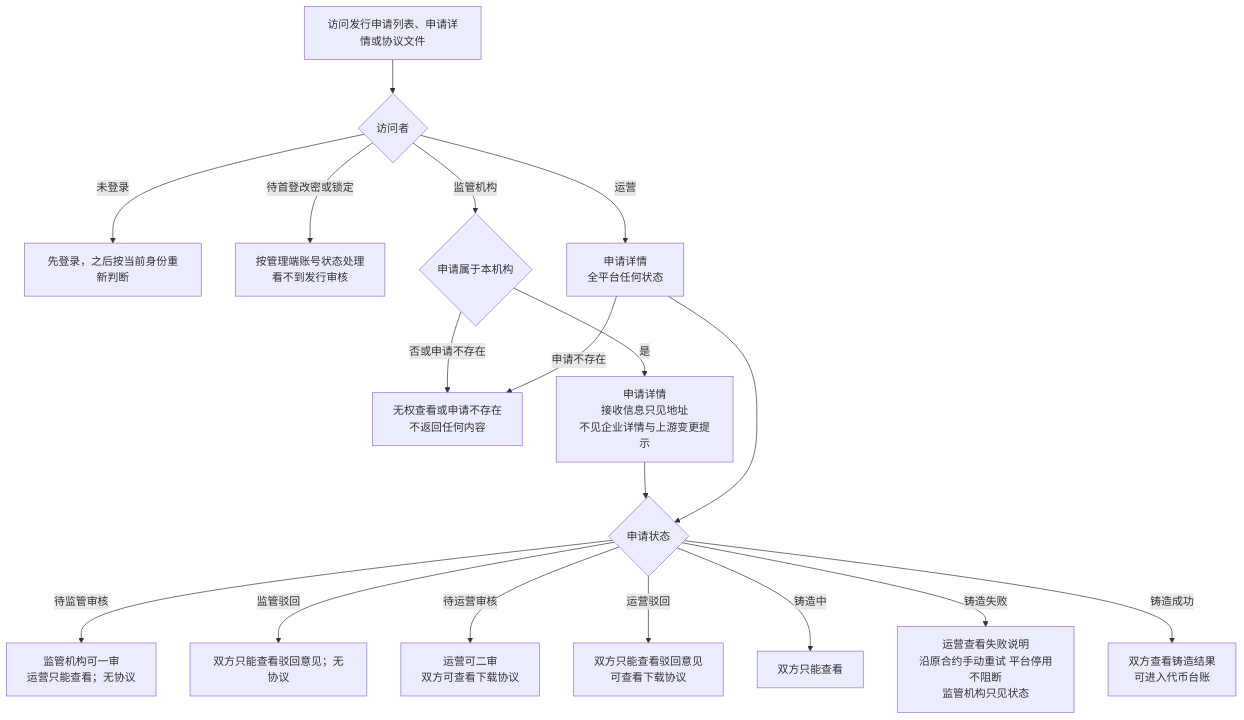
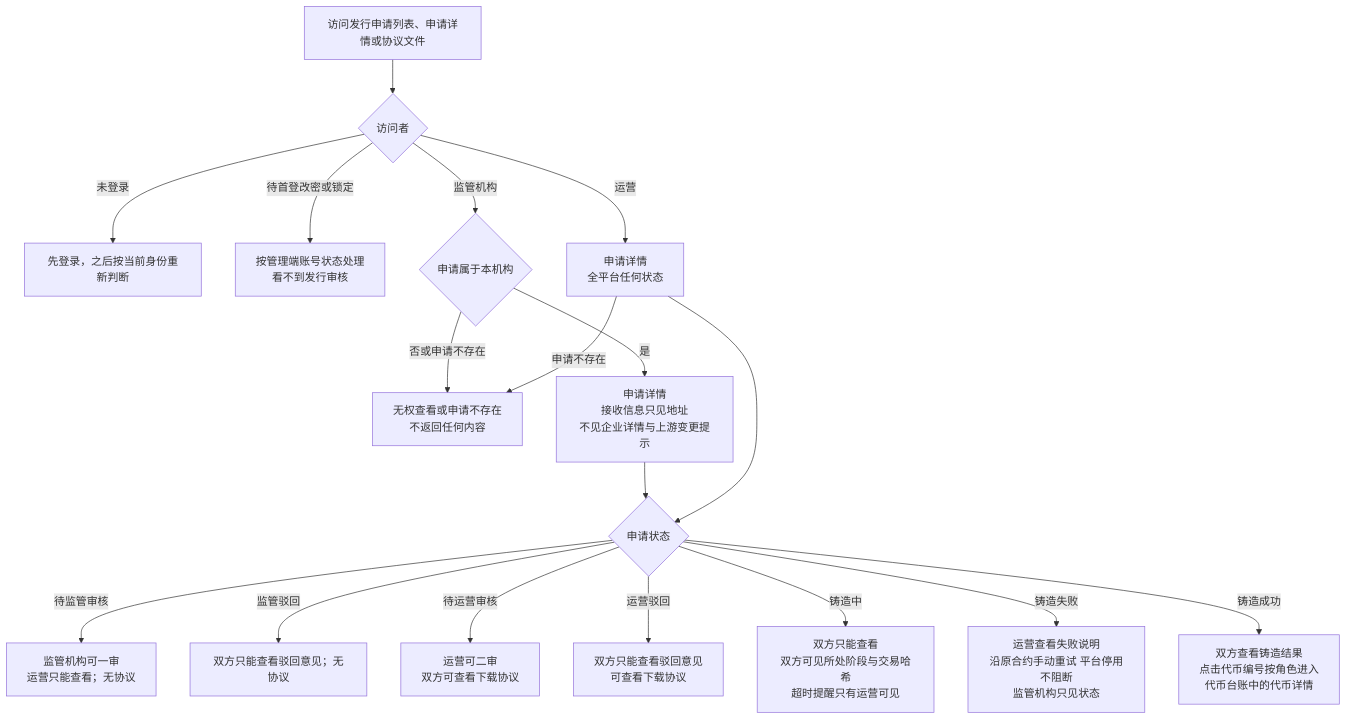
One commit to wxblockchain/Chain-Financing changed the fourth of 4 diagrams in token-issuance-platform/PRD/管理端/M3b-代币发行-审核与铸造/02-代币发行-审核与铸造-流程图与状态机.md. Above: the diagram before and after it, drawn with Mermaid. The commit also changed 32 other files, not shown here.

````diff
--- a/token-issuance-platform/PRD/管理端/M3b-代币发行-审核与铸造/02-代币发行-审核与铸造-流程图与状态机.md
+++ b/token-issuance-platform/PRD/管理端/M3b-代币发行-审核与铸造/02-代币发行-审核与铸造-流程图与状态机.md
@@ -115,20 +115,20 @@
 ```mermaid
 flowchart TD
     A[访问发行申请列表、申请详情或协议文件] --> B{访问者}
     B -->|未登录| B1[先登录，之后按当前身份重新判断]
     B -->|待首登改密或锁定| B2[按管理端账号状态处理<br/>看不到发行审核]
     B -->|监管机构| C{申请属于本机构}
     C -->|否或申请不存在| N[无权查看或申请不存在<br/>不返回任何内容]
     C -->|是| D[申请详情<br/>接收信息只见地址<br/>不见企业详情与上游变更提示]
     B -->|运营| E[申请详情<br/>全平台任何状态]
     E -->|申请不存在| N
     D --> F{申请状态}
     E --> F
     F -->|待监管审核| F1[监管机构可一审<br/>运营只能查看；无协议]
     F -->|监管驳回| F2[双方只能查看驳回意见；无协议]
     F -->|待运营审核| F3[运营可二审<br/>双方可查看下载协议]
     F -->|运营驳回| F4[双方只能查看驳回意见<br/>可查看下载协议]
-    F -->|铸造中| F5[双方只能查看]
+    F -->|铸造中| F5[双方只能查看<br/>双方可见所处阶段与交易哈希<br/>超时提醒只有运营可见]
     F -->|铸造失败| F6[运营查看失败说明<br/>沿原合约手动重试 平台停用不阻断<br/>监管机构只见状态]
-    F -->|铸造成功| F7[双方查看铸造结果<br/>可进入代币台账]
+    F -->|铸造成功| F7[双方查看铸造结果<br/>点击代币编号按角色进入<br/>代币台账中的代币详情]
 ```
````
